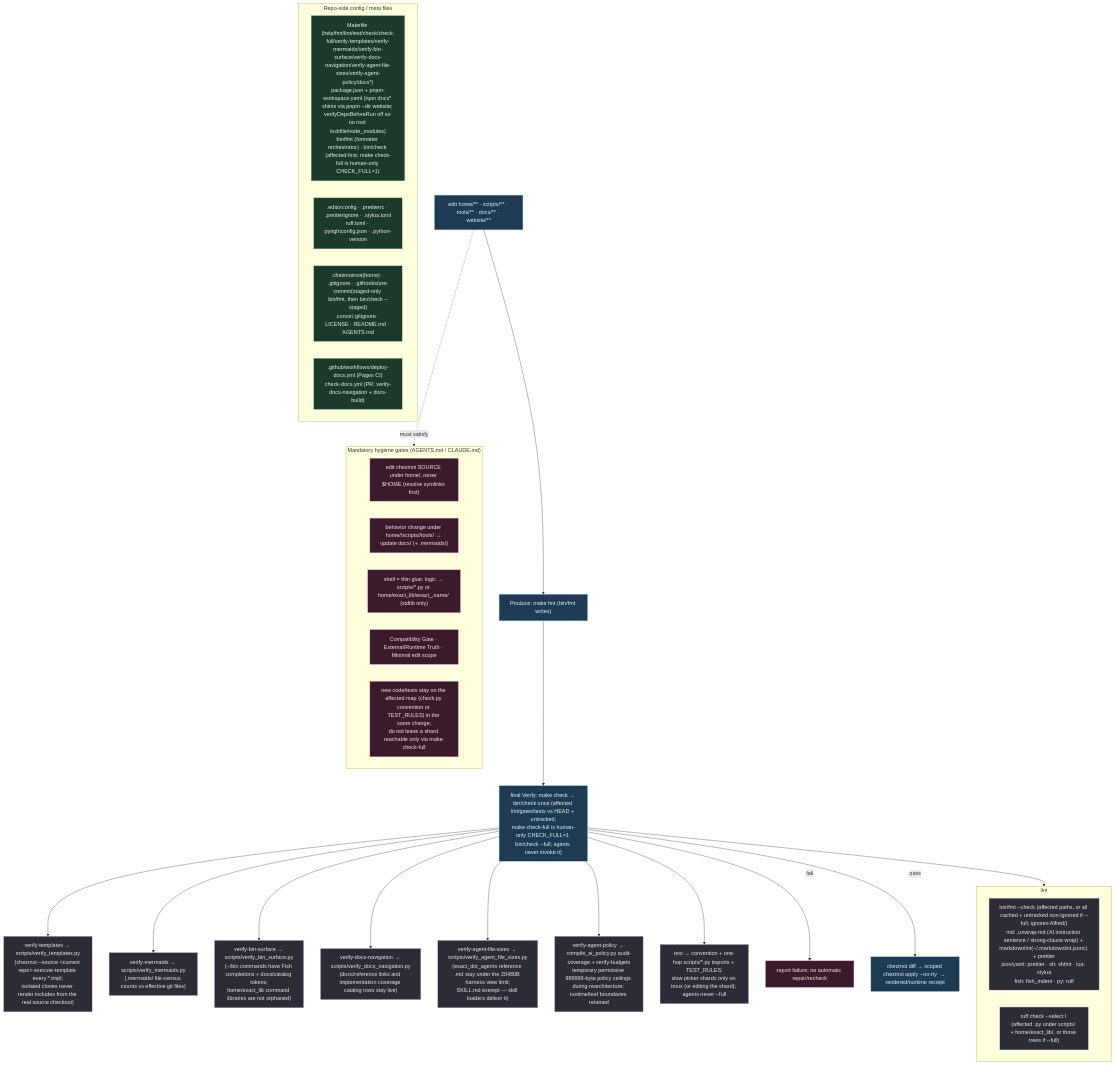
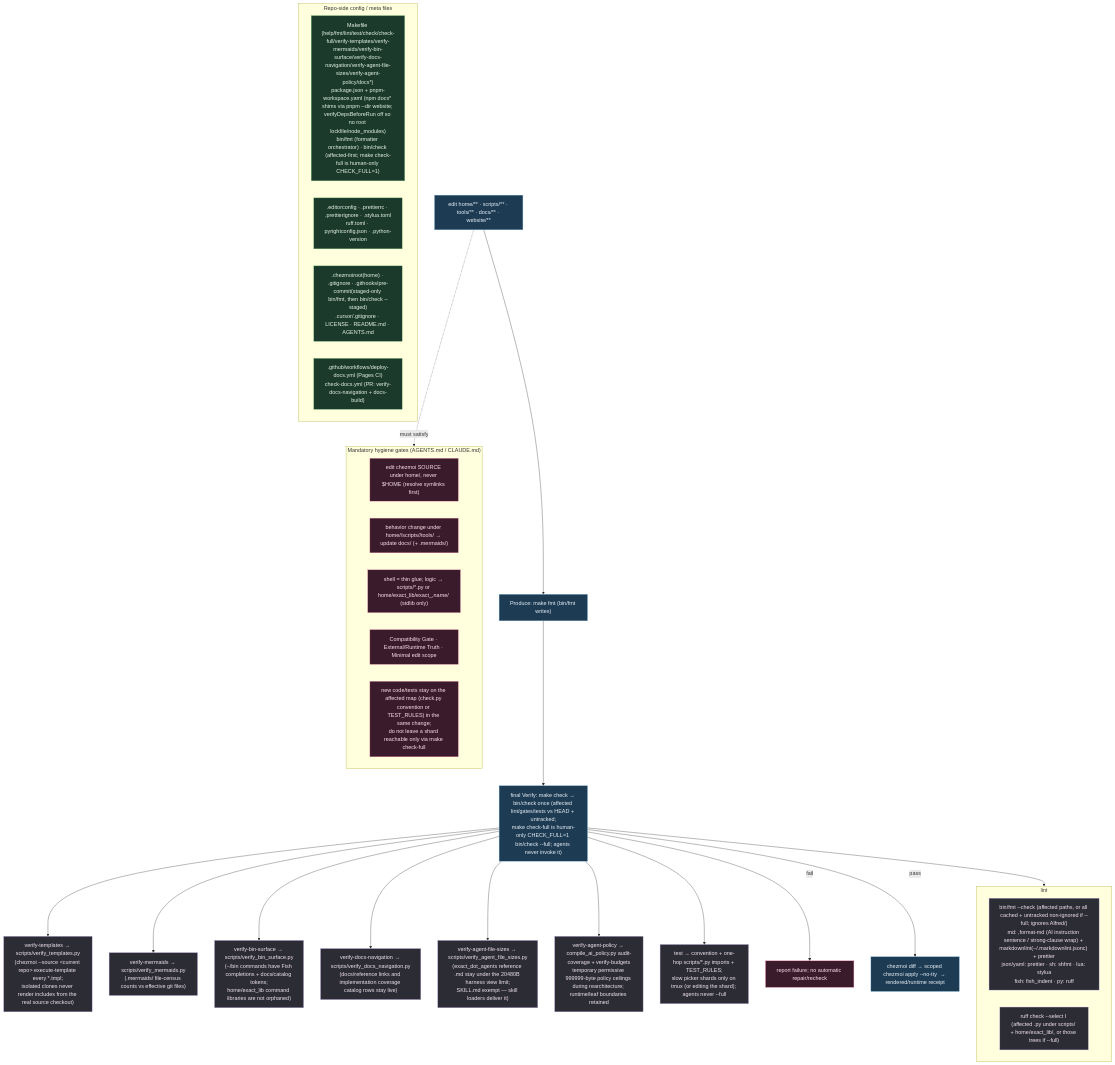
One commit to kapral18/dotfiles changed the diagram in .mermaids/09-repo-validation.mmd. Above: the diagram before and after it, drawn with Mermaid. The commit also changed 80 other files, not shown here.

```diff
--- a/.mermaids/09-repo-validation.mmd
+++ b/.mermaids/09-repo-validation.mmd
@@ -1,46 +1,46 @@
 %% ============================================================================
 %% 09-repo-validation.mmd — Repo dev loop + every repo-side config/meta file.
 %% Produce: `make fmt`; integrated final Verify: `make check` once. `make check` is affected-only
 %% (`bin/check` vs dirty paths). `make check-full` is human-only (`CHECK_FULL=1 bin/check --full`);
 %% agents must never invoke it. Pre-commit: staged-only bin/fmt, then `bin/check --staged`.
 %% ============================================================================
 flowchart TD
     classDef mk fill:#1d3b53,stroke:#7fb3d5,color:#eaf2f8;
     classDef tool fill:#2c2c34,stroke:#b39ddb,color:#f3e5f5;
     classDef gate fill:#3a1b2b,stroke:#f48fb1,color:#fce4ec;
     classDef cfg fill:#1b3a2b,stroke:#81c784,color:#e8f5e9;
 
     EDIT["edit home/** · scripts/** · tools/** · docs/** · website/**"]:::mk --> FMTW["Produce: make fmt (bin/fmt writes)"]:::mk
     FMTW --> CHECK["final Verify: make check → bin/check once (affected lint/gates/tests vs HEAD + untracked;<br/>make check-full is human-only CHECK_FULL=1 bin/check --full; agents never invoke it)"]:::mk
 
     subgraph LINT["lint"]
-        FMT["bin/fmt --check (affected paths, or all cached + untracked non-ignored if --full; ignores Alfred/)<br/>md: ,unwrap-md (AI instruction sentence / strong-clause wrap) + markdownlint(~/.markdownlint.jsonc) + prettier<br/>json/yaml: prettier · sh: shfmt · lua: stylua<br/>fish: fish_indent · py: ruff"]:::tool
+        FMT["bin/fmt --check (affected paths, or all cached + untracked non-ignored if --full; ignores Alfred/)<br/>md: ,format-md (AI instruction sentence / strong-clause wrap) + markdownlint(~/.markdownlint.jsonc) + prettier<br/>json/yaml: prettier · sh: shfmt · lua: stylua<br/>fish: fish_indent · py: ruff"]:::tool
         RUFFI["ruff check --select I (affected .py under scripts/ + home/exact_lib/, or those trees if --full)"]:::tool
     end
     VT["verify-templates → scripts/verify_templates.py<br/>(chezmoi --source &lt;current repo&gt; execute-template every *.tmpl;<br/>isolated clones never render includes from the real source checkout)"]:::tool
     VM["verify-mermaids → scripts/verify_mermaids.py<br/>(.mermaids/ file-census counts vs effective git files)"]:::tool
     VB["verify-bin-surface → scripts/verify_bin_surface.py<br/>(~/bin commands have Fish completions + docs/catalog tokens;<br/>home/exact_lib command libraries are not orphaned)"]:::tool
     VDN["verify-docs-navigation → scripts/verify_docs_navigation.py<br/>(docs/reference links and implementation coverage catalog rows stay live)"]:::tool
     VAF["verify-agent-file-sizes → scripts/verify_agent_file_sizes.py<br/>(exact_dot_agents reference .md stay under the 20480B harness view limit;<br/>SKILL.md exempt — skill loaders deliver it)"]:::tool
     VAP["verify-agent-policy → compile_ai_policy.py audit-coverage + verify-budgets<br/>temporary permissive 999999-byte policy ceilings during rearchitecture; runtime/leaf boundaries retained"]:::tool
     TST["test → convention + one-hop scripts/*.py imports + TEST_RULES;<br/>slow picker shards only on tmux (or editing the shard); agents never --full"]:::tool
     CHECK --> LINT & VT & VM & VB & VDN & VAF & VAP & TST
 
     CHECK -->|fail| STOP["report failure; no automatic repair/recheck"]:::gate
     CHECK -->|pass| APPLY["chezmoi diff → scoped chezmoi apply --no-tty <target> → rendered/runtime receipt"]:::mk
 
     subgraph CONFIG["Repo-side config / meta files"]
         C1["Makefile (help/fmt/lint/test/check/check-full/verify-templates/verify-mermaids/verify-bin-surface/verify-docs-navigation/verify-agent-file-sizes/verify-agent-policy/docs*)<br/>package.json + pnpm-workspace.yaml (npm docs* shims via pnpm --dir website; verifyDepsBeforeRun off so no root lockfile/node_modules)<br/>bin/fmt (formatter orchestrator) · bin/check (affected-first; make check-full is human-only CHECK_FULL=1)"]:::cfg
         C2[".editorconfig · .prettierrc · .prettierignore · .stylua.toml<br/>ruff.toml · pyrightconfig.json · .python-version"]:::cfg
         C3[".chezmoiroot(home) · .gitignore · .githooks/pre-commit(staged-only bin/fmt, then bin/check --staged)<br/>.cursor/.gitignore · LICENSE · README.md · AGENTS.md"]:::cfg
         C4[".github/workflows/deploy-docs.yml (Pages CI)<br/>check-docs.yml (PR: verify-docs-navigation + docs-build)"]:::cfg
     end
 
     subgraph HYG["Mandatory hygiene gates (AGENTS.md / CLAUDE.md)"]
         G1["edit chezmoi SOURCE under home/, never $HOME (resolve symlinks first)"]:::gate
         G2["behavior change under home//scripts//tools/ → update docs/ (+ .mermaids/)"]:::gate
         G3["shell = thin glue; logic → scripts/*.py or home/exact_lib/exact_,name/ (stdlib only)"]:::gate
         G4["Compatibility Gate · External/Runtime Truth · Minimal edit scope"]:::gate
         G5["new code/tests stay on the affected map (check.py convention or TEST_RULES) in the same change;<br/>do not leave a shard reachable only via make check-full"]:::gate
     end
     EDIT -.must satisfy.-> HYG
```
